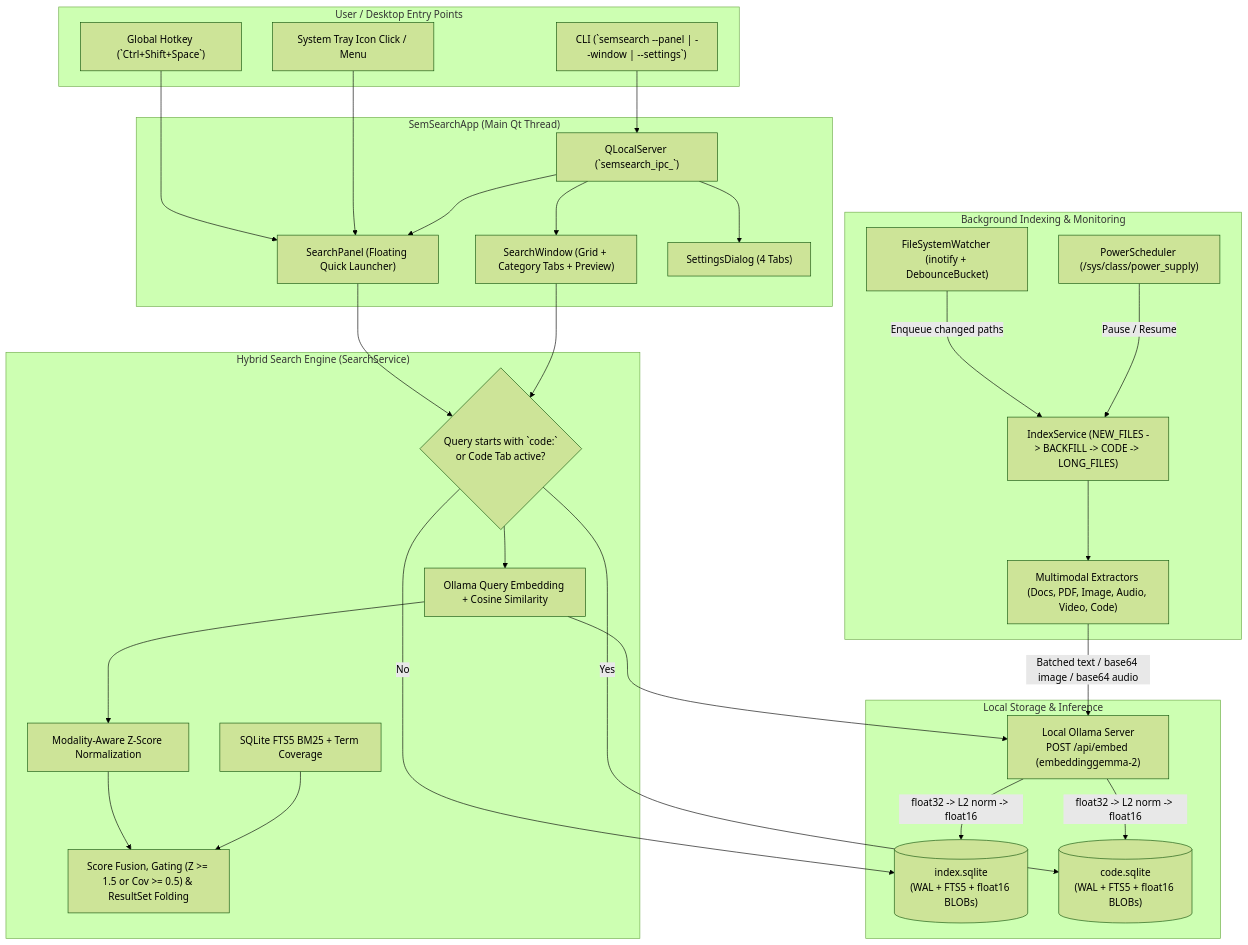
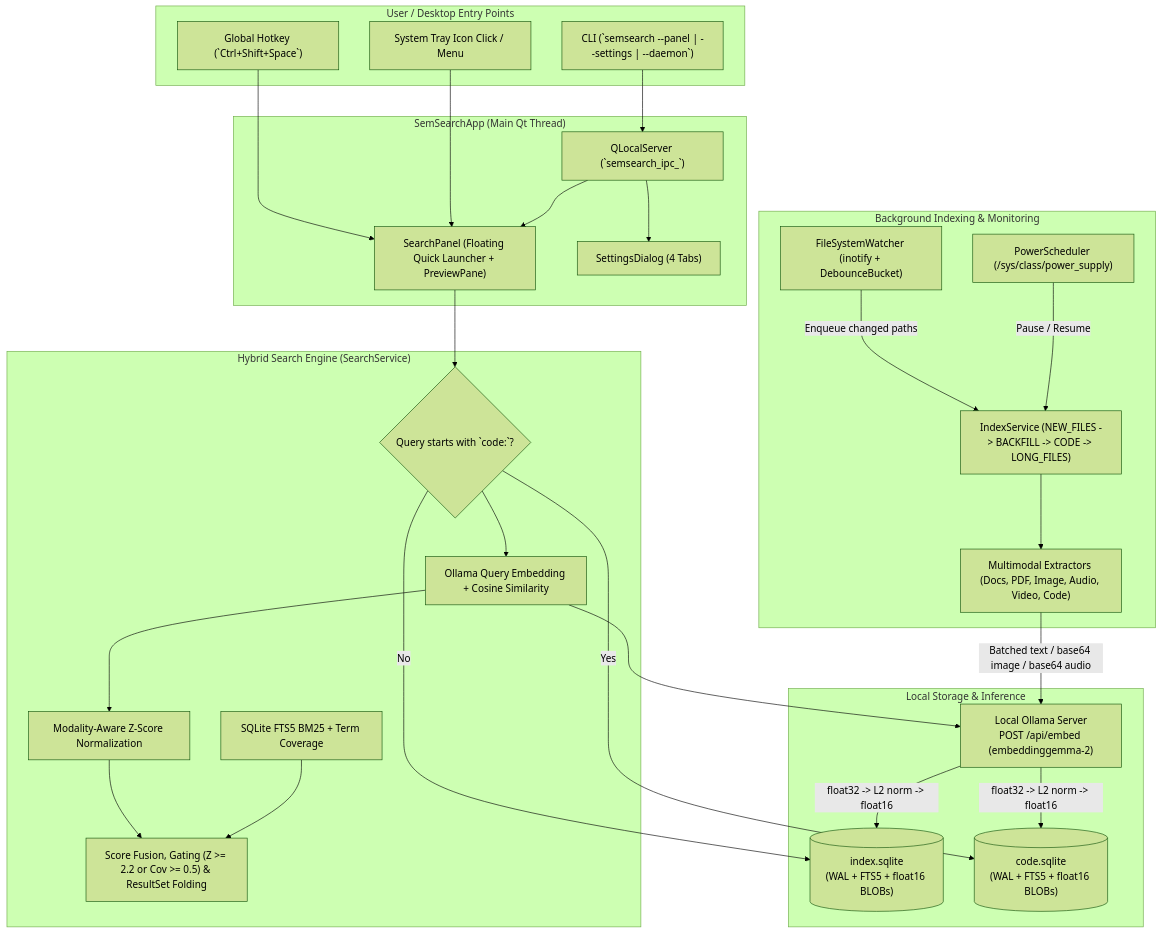
One commit to arrase/semsearch changed the diagram in gh-pages/architecture.md. Above: the diagram before and after it, drawn with Mermaid (forest theme). The commit also changed other lines of this file and 9 other files, not shown here.

````diff
--- a/gh-pages/architecture.md
+++ b/gh-pages/architecture.md
@@ -125,60 +130,57 @@
 ```mermaid
 flowchart TB
     subgraph Trigger ["User / Desktop Entry Points"]
-        T1["CLI (`semsearch --panel | --window | --settings`)"]
+        T1["CLI (`semsearch --panel | --settings | --daemon`)"]
         T2["Global Hotkey (`Ctrl+Shift+Space`)"]
         T3["System Tray Icon Click / Menu"]
     end
 
     subgraph App ["SemSearchApp (Main Qt Thread)"]
         IPC["QLocalServer (`semsearch_ipc_<uid>`)"]
-        UI_Panel["SearchPanel (Floating Quick Launcher)"]
-        UI_Win["SearchWindow (Grid + Category Tabs + Preview)"]
+        UI_Panel["SearchPanel (Floating Quick Launcher + PreviewPane)"]
         UI_Set["SettingsDialog (4 Tabs)"]
     end
 
     subgraph IndexPipeline ["Background Indexing & Monitoring"]
         Watch["FileSystemWatcher (inotify + DebounceBucket)"]
         Sched["PowerScheduler (/sys/class/power_supply)"]
         Idx["IndexService (NEW_FILES -> BACKFILL -> CODE -> LONG_FILES)"]
         Ext["Multimodal Extractors (Docs, PDF, Image, Audio, Video, Code)"]
     end
 
     subgraph SearchPipeline ["Hybrid Search Engine (SearchService)"]
-        Route{"Query starts with `code:`\nor Code Tab active?"}
+        Route{"Query starts with `code:`?"}
         Vec["Ollama Query Embedding + Cosine Similarity"]
         ZNorm["Modality-Aware Z-Score Normalization"]
         FTS["SQLite FTS5 BM25 + Term Coverage"]
-        Fuse["Score Fusion, Gating (Z >= 1.5 or Cov >= 0.5) & ResultSet Folding"]
+        Fuse["Score Fusion, Gating (Z >= 2.2 or Cov >= 0.5) & ResultSet Folding"]
     end
 
     subgraph Storage ["Local Storage & Inference"]
         DB_Main[("index.sqlite\n(WAL + FTS5 + float16 BLOBs)")]
         DB_Code[("code.sqlite\n(WAL + FTS5 + float16 BLOBs)")]
         Ollama["Local Ollama Server\nPOST /api/embed (embeddinggemma-2)"]
     end
 
     T1 --> IPC
     T2 --> UI_Panel
     T3 --> UI_Panel
     IPC --> UI_Panel
-    IPC --> UI_Win
     IPC --> UI_Set
 
     Watch -->|"Enqueue changed paths"| Idx
     Sched -->|"Pause / Resume"| Idx
     Idx --> Ext
     Ext -->|"Batched text / base64 image / base64 audio"| Ollama
     Ollama -->|"float32 -> L2 norm -> float16"| DB_Main
     Ollama -->|"float32 -> L2 norm -> float16"| DB_Code
 
     UI_Panel --> Route
-    UI_Win --> Route
     Route -->|No| DB_Main
     Route -->|Yes| DB_Code
     Route --> Vec
     Vec --> Ollama
     Vec --> ZNorm
     ZNorm --> Fuse
     FTS --> Fuse
 ```
````
